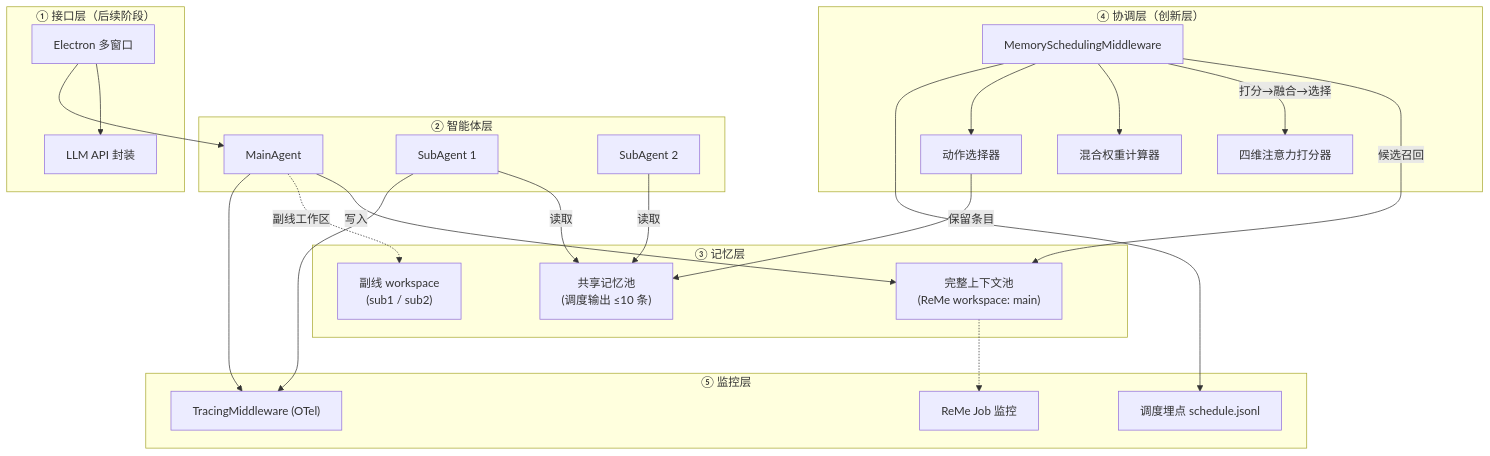
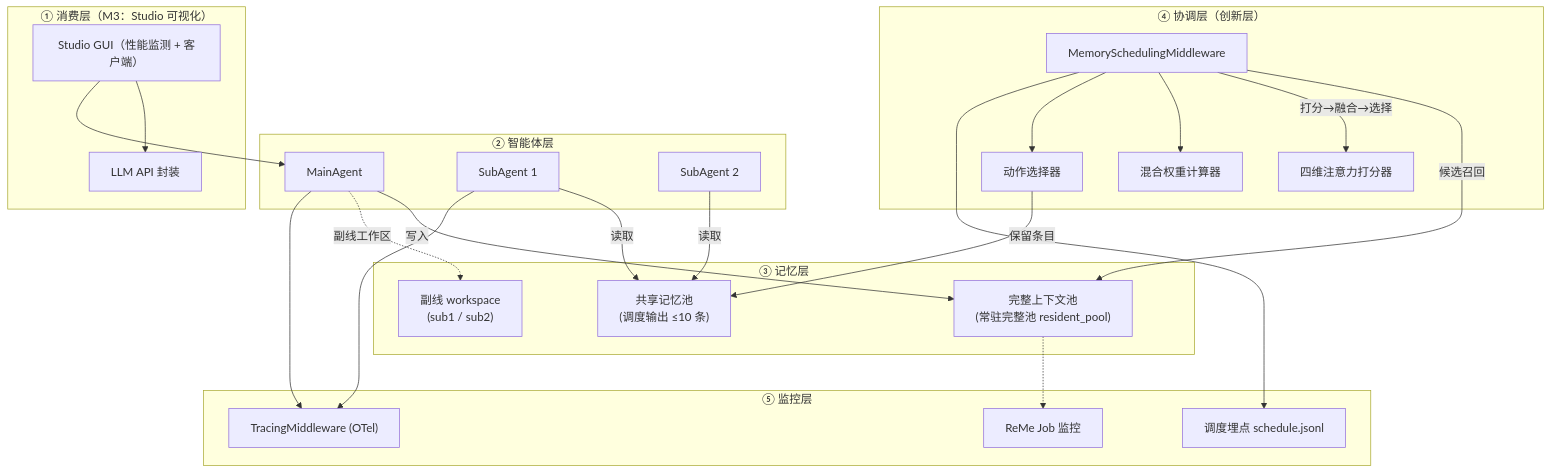
One commit to ToWaitJust/Multi-agent-Memory changed the second of 10 diagrams in docs/多智能体记忆共享调度系统工程实现文档.md. Above: the diagram before and after it, drawn with Mermaid. The commit also changed other lines of this file and 57 other files, not shown here.

````diff
--- a/docs/多智能体记忆共享调度系统工程实现文档.md
+++ b/docs/多智能体记忆共享调度系统工程实现文档.md
@@ -746,46 +743,46 @@
 ```mermaid
 flowchart TD
-    subgraph UI["① 接口层（后续阶段）"]
-        U1["Electron 多窗口"] --> U2["LLM API 封装"]
+    subgraph UI["① 消费层（M3：Studio 可视化）"]
+        U1["Studio GUI（性能监测 + 客户端）"] --> U2["LLM API 封装"]
     end
 
     subgraph AgentLayer["② 智能体层"]
         MA["MainAgent"]
         SA1["SubAgent 1"]
         SA2["SubAgent 2"]
     end
 
     subgraph MemLayer["③ 记忆层"]
-        FP["完整上下文池<br/>(ReMe workspace: main)"]
+        FP["完整上下文池<br/>(常驻完整池 resident_pool)"]
         SP["共享记忆池<br/>(调度输出 ≤10 条)"]
         SP2["副线 workspace<br/>(sub1 / sub2)"]
     end
 
     subgraph Coord["④ 协调层（创新层）"]
         MW["MemorySchedulingMiddleware"]
         ATT["四维注意力打分器"]
         WGT["混合权重计算器"]
         SEL["动作选择器"]
     end
 
     subgraph Mon["⑤ 监控层"]
         TR["TracingMiddleware (OTel)"]
         RM["ReMe Job 监控"]
         SL["调度埋点 schedule.jsonl"]
     end
 
     MA -->|写入| FP
     MW -->|"候选召回"| FP
     MW -->|"打分→融合→选择"| ATT
     MW --> WGT
     MW --> SEL
     SEL -->|"保留条目"| SP
     SA1 -->|"读取"| SP
     SA2 -->|"读取"| SP
     MA -.->|"副线工作区"| SP2
     MA --> TR
     SA1 --> TR
     MW --> SL
     FP -.-> RM
     U1 --> MA
 ```
````
